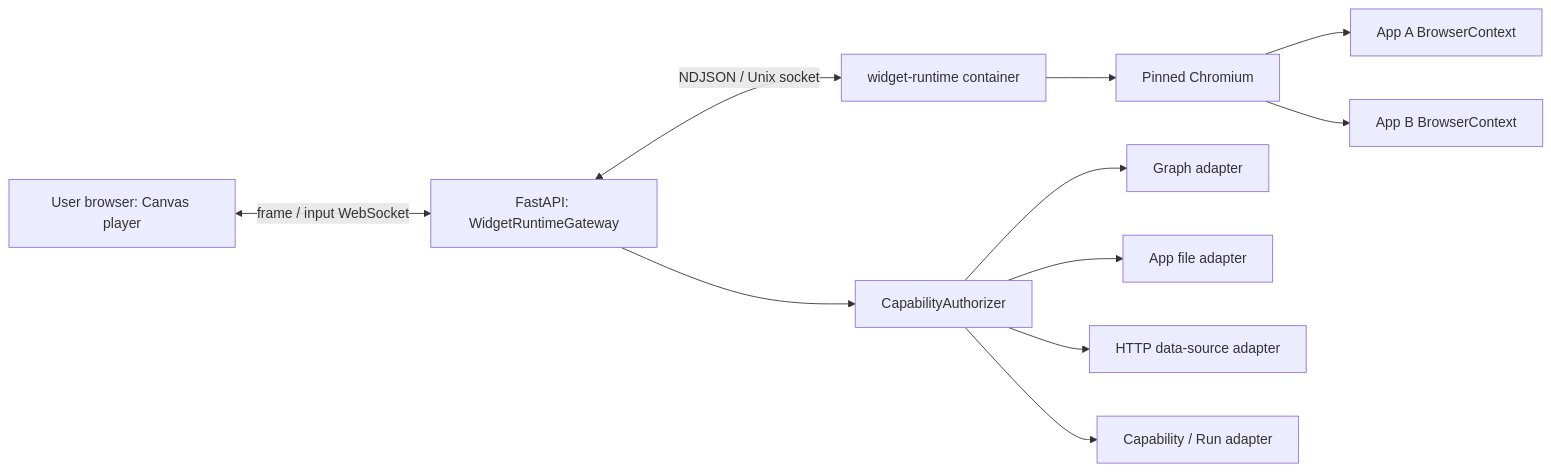
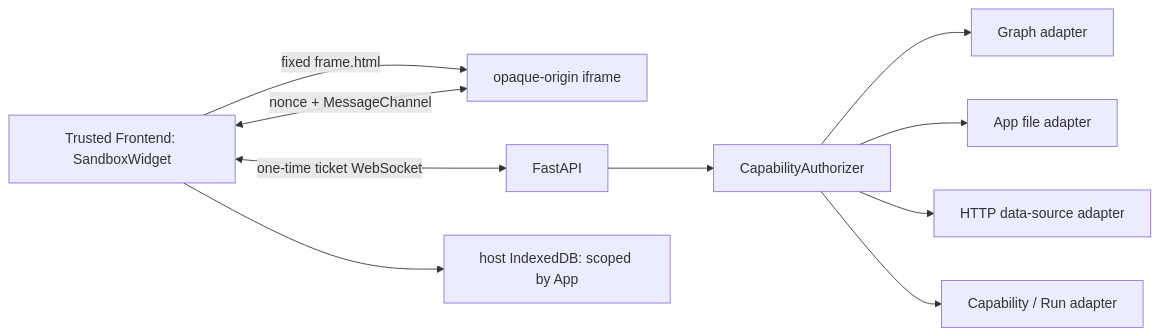
One commit to BillShiyaoZhang/ambient-agent changed the diagram in docs/en/widgets/sandbox.md. Above: the diagram before and after it, drawn with Mermaid. The commit also changed other lines of this file and 37 other files, not shown here.

````diff
--- a/docs/en/widgets/sandbox.md
+++ b/docs/en/widgets/sandbox.md
@@ -9,13 +9,12 @@
 ```mermaid
 flowchart LR
-    UI["User browser: Canvas player"] <-->|"frame / input WebSocket"| API["FastAPI: WidgetRuntimeGateway"]
-    API <-->|"NDJSON / Unix socket"| Runtime["widget-runtime container"]
-    Runtime --> Browser["Pinned Chromium"]
-    Browser --> C1["App A BrowserContext"]
-    Browser --> C2["App B BrowserContext"]
+    Host["Trusted Frontend: SandboxWidget"] -->|"fixed frame.html"| Frame["opaque-origin iframe"]
+    Host <-->|"nonce + MessageChannel"| Frame
+    Host <-->|"one-time ticket WebSocket"| API["FastAPI"]
     API --> Auth["CapabilityAuthorizer"]
     Auth --> Graph["Graph adapter"]
     Auth --> Files["App file adapter"]
     Auth --> Net["HTTP data-source adapter"]
     Auth --> Caps["Capability / Run adapter"]
+    Host --> Storage["host IndexedDB: scoped by App"]
 ```
````
